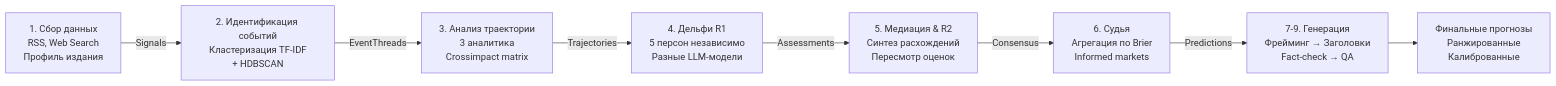
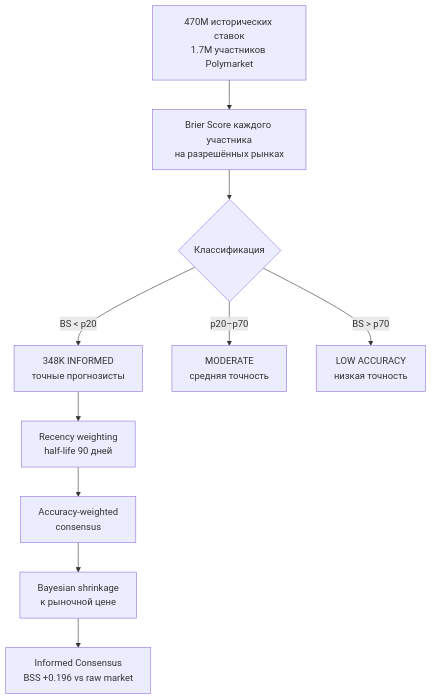
The second of 2 diagrams in README.md (Antopkin/delphi-press), drawn with Mermaid before and after one commit. The commit also changed other lines of this file and 1 other file, not shown here.

````diff
--- a/README.md
+++ b/README.md
@@ -11,10 +161,12 @@
 ```mermaid
-graph LR
-    A["1. Сбор данных<br/>RSS, Web Search<br/>Профиль издания"] -->|Signals| B["2. Идентификация событий<br/>Кластеризация TF-IDF<br/>+ HDBSCAN"]
-    B -->|EventThreads| C["3. Анализ траектории<br/>3 аналитика<br/>Crossimpact matrix"]
-    C -->|Trajectories| D["4. Дельфи R1<br/>5 персон независимо<br/>Разные LLM-модели"]
-    D -->|Assessments| E["5. Медиация & R2<br/>Синтез расхождений<br/>Пересмотр оценок"]
-    E -->|Consensus| F["6. Судья<br/>Агрегация по Brier<br/>Informed markets"]
-    F -->|Predictions| G["7-9. Генерация<br/>Фрейминг → Заголовки<br/>Fact-check → QA"]
-    G --> H["Финальные прогнозы<br/>Ранжированные<br/>Калиброванные"]
+flowchart TD
+    A["470M исторических ставок<br/>1.7M участников Polymarket"] --> B["Brier Score каждого участника<br/>на разрешённых рынках"]
+    B --> C{"Классификация"}
+    C -->|"BS < p20"| D["348K INFORMED<br/>точные прогнозисты"]
+    C -->|"p20–p70"| E["MODERATE<br/>средняя точность"]
+    C -->|"BS > p70"| F["LOW ACCURACY<br/>низкая точность"]
+    D --> G["Recency weighting<br/>half-life 90 дней"]
+    G --> H["Accuracy-weighted<br/>consensus"]
+    H --> I["Bayesian shrinkage<br/>к рыночной цене"]
+    I --> J["Informed Consensus<br/>BSS +0.196 vs raw market"]
 ```
````
